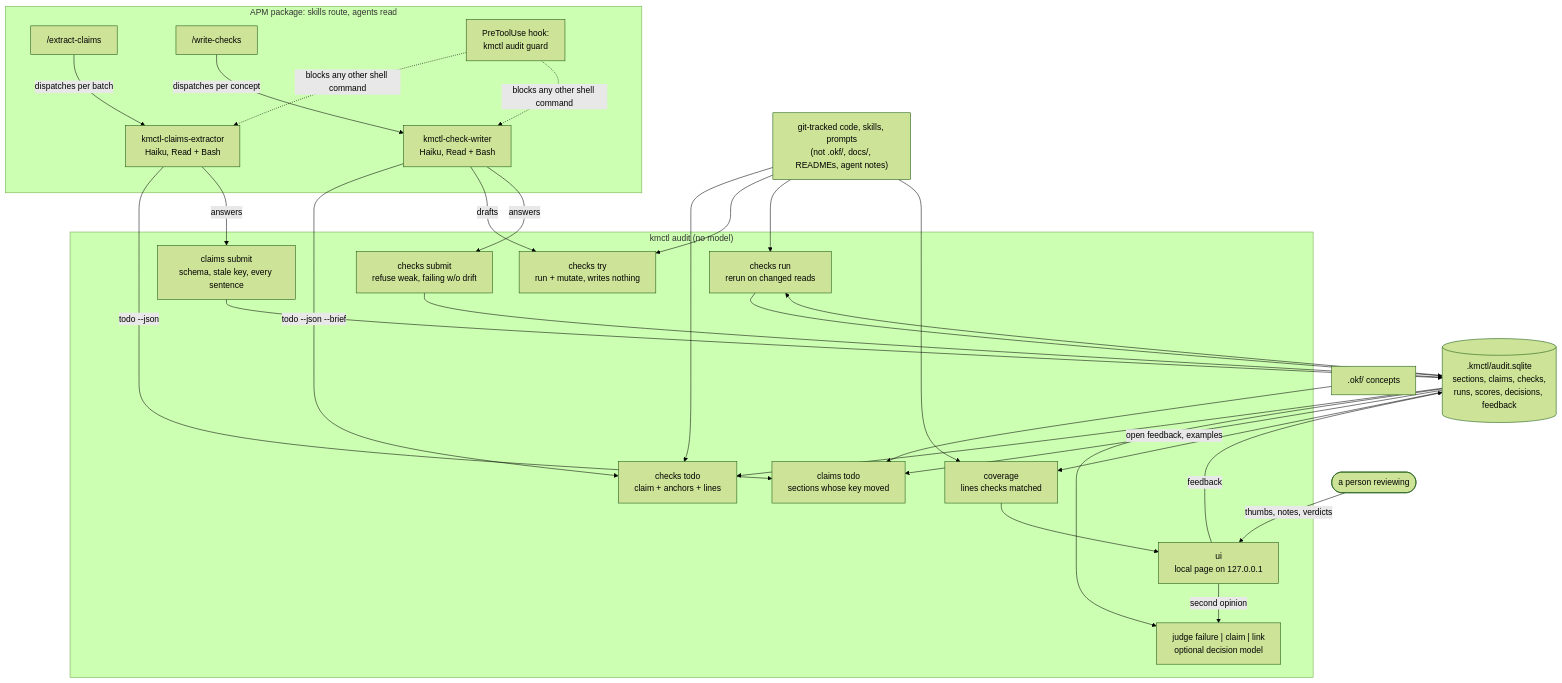
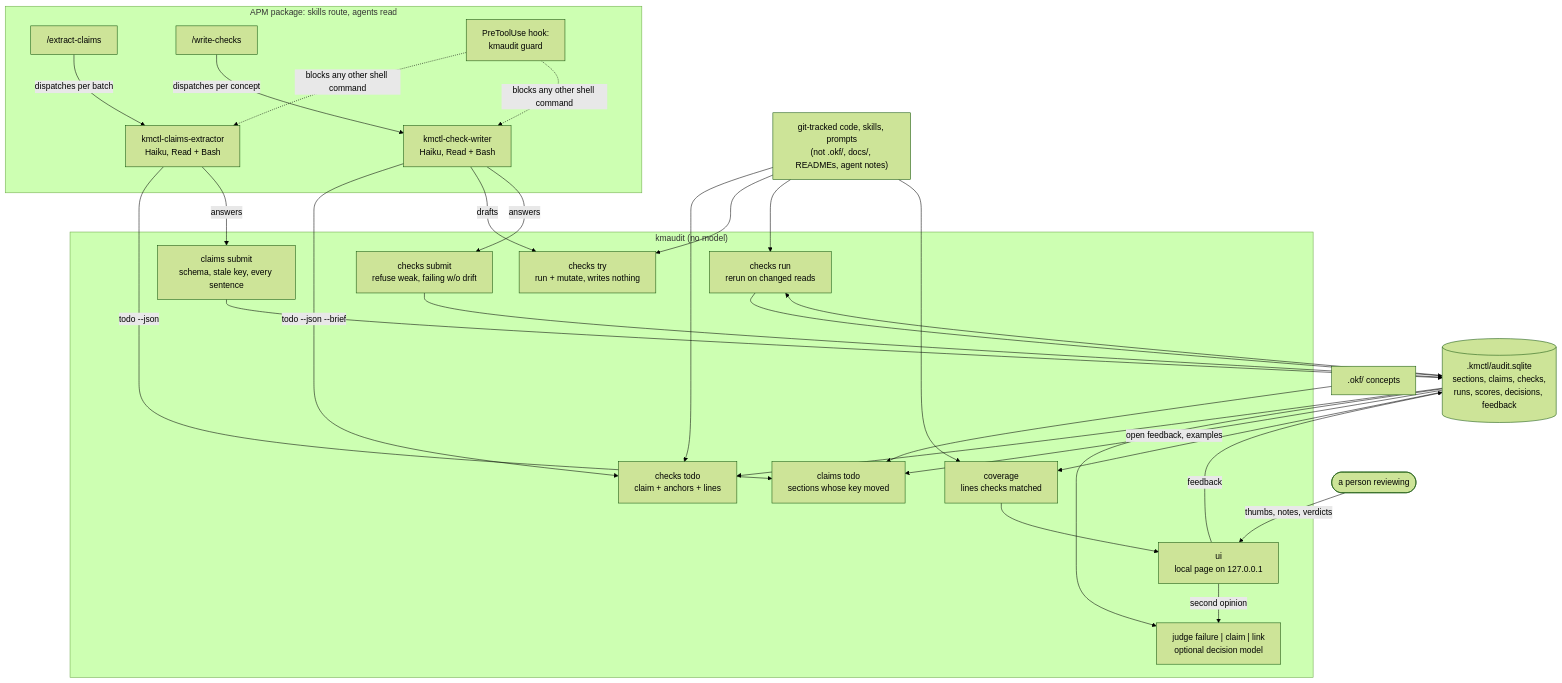
The diagram in .okf/architecture/audit-pipeline.md (JasperHG90/kmctl), drawn with Mermaid (forest theme) before and after one commit. The commit also changed other lines of this file and 107 other files, not shown here.

First line of the commit message:
kmaudit: the audit leaves kmctl for its own package

````diff
--- a/.okf/architecture/audit-pipeline.md
+++ b/.okf/architecture/audit-pipeline.md
@@ -35,56 +36,56 @@
 ```mermaid
 flowchart TB
     bundle[".okf/ concepts"]
     code["git-tracked code, skills, prompts<br/>(not .okf/, docs/, READMEs, agent notes)"]
 
     subgraph skills["APM package: skills route, agents read"]
         extractSkill["/extract-claims"]
         writeSkill["/write-checks"]
         extractor["kmctl-claims-extractor<br/>Haiku, Read + Bash"]
         writer["kmctl-check-writer<br/>Haiku, Read + Bash"]
-        guard["PreToolUse hook:<br/>kmctl audit guard"]
+        guard["PreToolUse hook:<br/>kmaudit guard"]
     end
 
-    subgraph cli["kmctl audit (no model)"]
+    subgraph cli["kmaudit (no model)"]
         ctodo["claims todo<br/>sections whose key moved"]
         csubmit["claims submit<br/>schema, stale key, every sentence"]
         ktodo["checks todo<br/>claim + anchors + lines"]
         ktry["checks try<br/>run + mutate, writes nothing"]
         ksubmit["checks submit<br/>refuse weak, failing w/o drift"]
         krun["checks run<br/>rerun on changed reads"]
         judge["judge failure | claim | link<br/>optional decision model"]
         ui["ui<br/>local page on 127.0.0.1"]
         cover["coverage<br/>lines checks matched"]
     end
 
     person(["a person reviewing"])
 
     store[(".kmctl/audit.sqlite<br/>sections, claims, checks,<br/>runs, scores, decisions, feedback")]
 
     bundle --> ctodo
     extractSkill -- "dispatches per batch" --> extractor
     extractor -- "todo --json" --> ctodo
     extractor -- "answers" --> csubmit
     csubmit --> store
     store --> ktodo
     code --> ktodo
     writeSkill -- "dispatches per concept" --> writer
     writer -- "todo --json --brief" --> ktodo
     writer -- "drafts" --> ktry
     code --> ktry
     writer -- "answers" --> ksubmit
     ksubmit --> store
     code --> krun
     store --> krun
     krun --> store
     store --> judge
     person -- "thumbs, notes, verdicts" --> ui
     ui -- "feedback" --> store
     ui -- "second opinion" --> judge
     store -- "open feedback, examples" --> ctodo
     store --> cover
     code --> cover
     cover --> ui
     guard -. "blocks any other shell command" .-> extractor
     guard -. "blocks any other shell command" .-> writer
 ```
````
